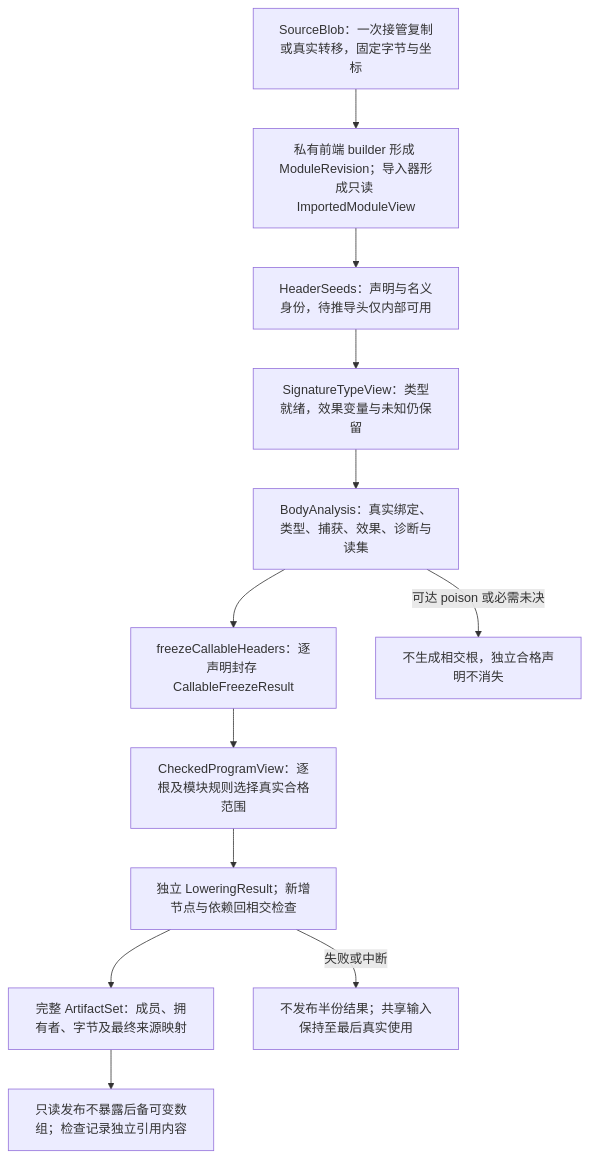
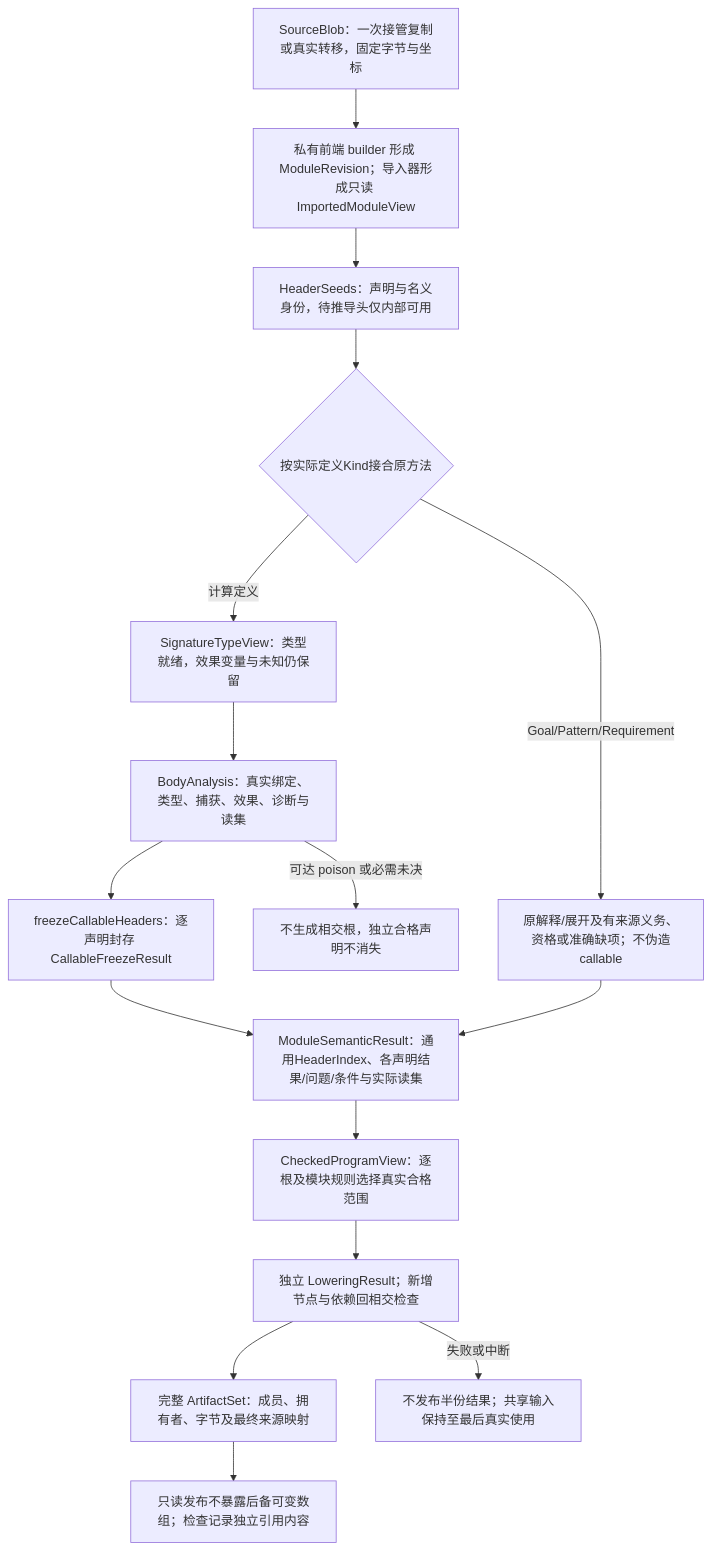
Before and after one commit to sec-platform/sec: the second of 3 diagrams in docs/编译/内核/编译值服务.md, drawn with Mermaid. The commit also changed other lines of this file and 8 other files, not shown here.

````diff
--- a/docs/编译/内核/编译值服务.md
+++ b/docs/编译/内核/编译值服务.md
@@ -194,14 +195,18 @@
 ```mermaid
 flowchart TD
   bytes["SourceBlob：一次接管复制或真实转移，固定字节与坐标"] --> module["私有前端 builder 形成 ModuleRevision；导入器形成只读 ImportedModuleView"]
   module --> seeds["HeaderSeeds：声明与名义身份，待推导头仅内部可用"]
-  seeds --> signatures["SignatureTypeView：类型就绪，效果变量与未知仍保留"]
+  seeds --> kind{"按实际定义Kind接合原方法"}
+  kind -->|计算定义| signatures["SignatureTypeView：类型就绪，效果变量与未知仍保留"]
+  kind -->|Goal/Pattern/Requirement| declarations["原解释/展开及有来源义务、资格或准确缺项；不伪造callable"]
   signatures --> analysis["BodyAnalysis：真实绑定、类型、捕获、效果、诊断与读集"]
   analysis --> freeze["freezeCallableHeaders：逐声明封存 CallableFreezeResult"]
-  freeze --> checked["CheckedProgramView：逐根及模块规则选择真实合格范围"]
+  freeze --> semantic["ModuleSemanticResult：通用HeaderIndex、各声明结果/问题/条件与实际读集"]
+  declarations --> semantic
+  semantic --> checked["CheckedProgramView：逐根及模块规则选择真实合格范围"]
   checked --> lowering["独立 LoweringResult；新增节点与依赖回相交检查"]
   lowering --> artifacts["完整 ArtifactSet：成员、拥有者、字节及最终来源映射"]
   artifacts --> publish["只读发布不暴露后备可变数组；检查记录独立引用内容"]
   analysis -->|可达 poison 或必需未决| blocked["不生成相交根，独立合格声明不消失"]
   lowering -->|失败或中断| discard["不发布半份结果；共享输入保持至最后真实使用"]
 ```
````
